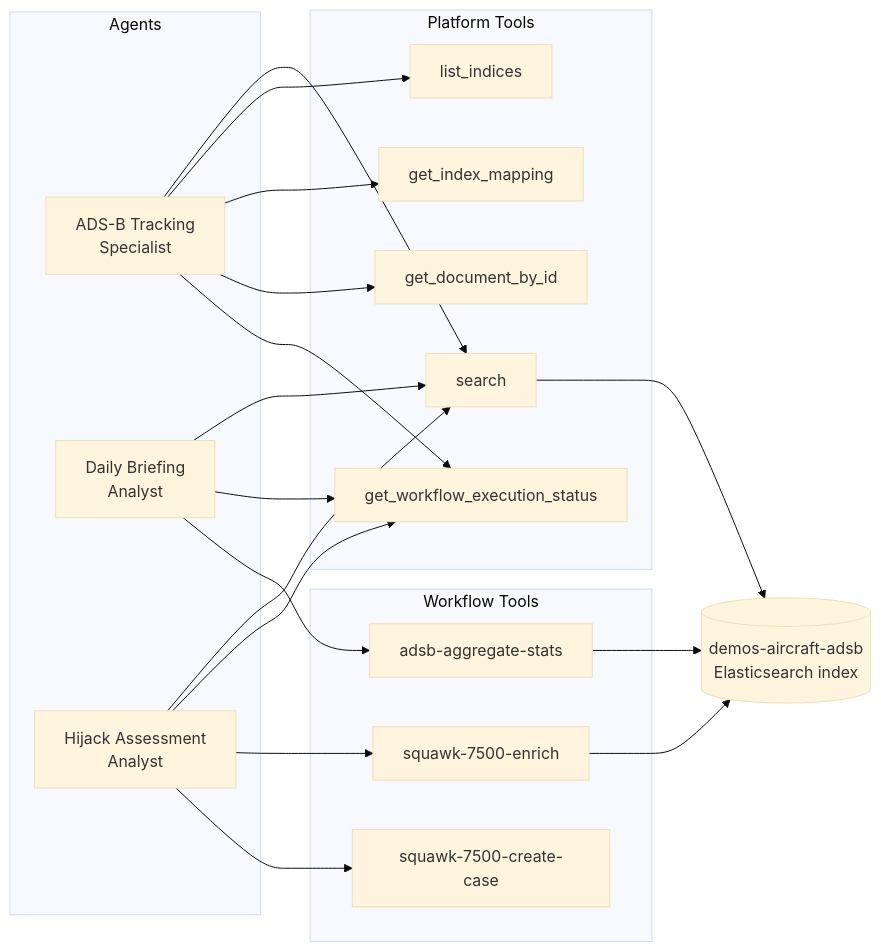
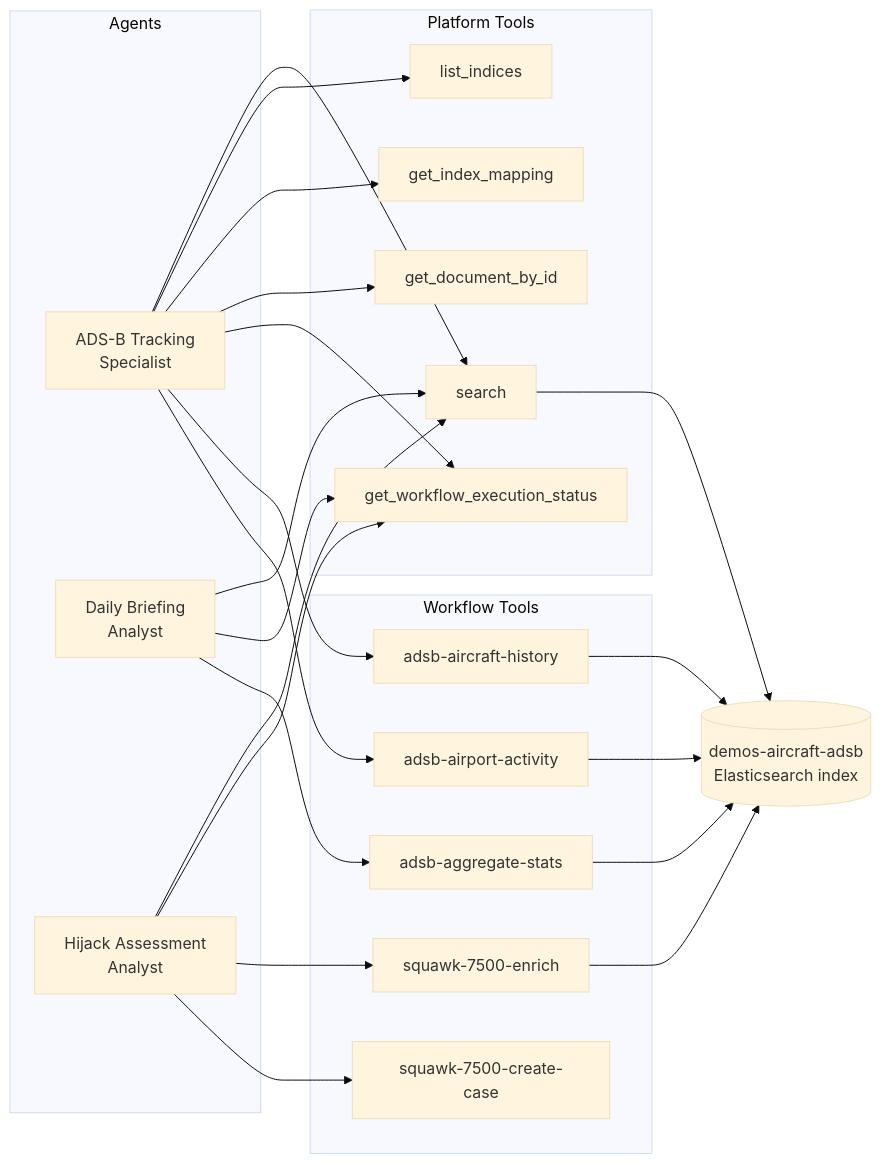
The first of 4 diagrams in elasticsearch/agents/README.md (face0b1101/geo-hackathon), drawn with Mermaid (base theme) before and after one commit. The commit also changed other lines of this file and 5 other files, not shown here.

First line of the commit message:
feat: add airport activity report workflow (ES|QL)

````diff
--- a/elasticsearch/agents/README.md
+++ b/elasticsearch/agents/README.md
@@ -27,43 +27,49 @@
 ```mermaid
 flowchart LR
     subgraph agentsGroup [Agents]
         TrackingAgent["ADS-B Tracking\nSpecialist"]
         BriefingAgent["Daily Briefing\nAnalyst"]
         HijackAgent["Hijack Assessment\nAnalyst"]
     end
 
     subgraph platform [Platform Tools]
         Search["search"]
         ListIndices["list_indices"]
         GetMapping["get_index_mapping"]
         GetDoc["get_document_by_id"]
         WfStatus["get_workflow_execution_status"]
     end
 
     subgraph workflowTools [Workflow Tools]
+        AircraftHistory["adsb-aircraft-history"]
+        AirportActivity["adsb-airport-activity"]
         AggStats["adsb-aggregate-stats"]
         Enrich["squawk-7500-enrich"]
         CreateCase["squawk-7500-create-case"]
     end
 
     ES[("demos-aircraft-adsb\nElasticsearch index")]
 
     TrackingAgent --> Search
     TrackingAgent --> ListIndices
     TrackingAgent --> GetMapping
     TrackingAgent --> GetDoc
     TrackingAgent --> WfStatus
+    TrackingAgent --> AircraftHistory
+    TrackingAgent --> AirportActivity
 
     BriefingAgent --> Search
     BriefingAgent --> WfStatus
     BriefingAgent --> AggStats
 
     HijackAgent --> Search
     HijackAgent --> WfStatus
     HijackAgent --> Enrich
     HijackAgent --> CreateCase
 
     Search --> ES
+    AircraftHistory --> ES
+    AirportActivity --> ES
     AggStats --> ES
     Enrich --> ES
 ```
````
